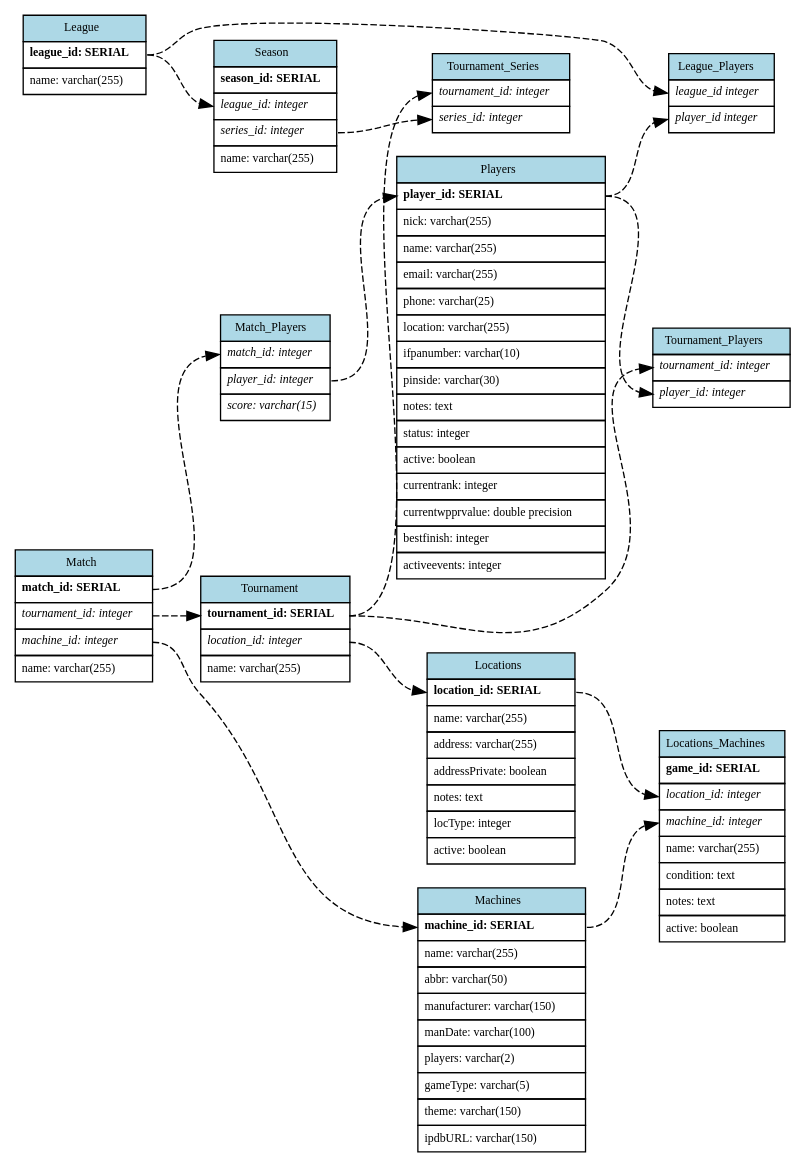
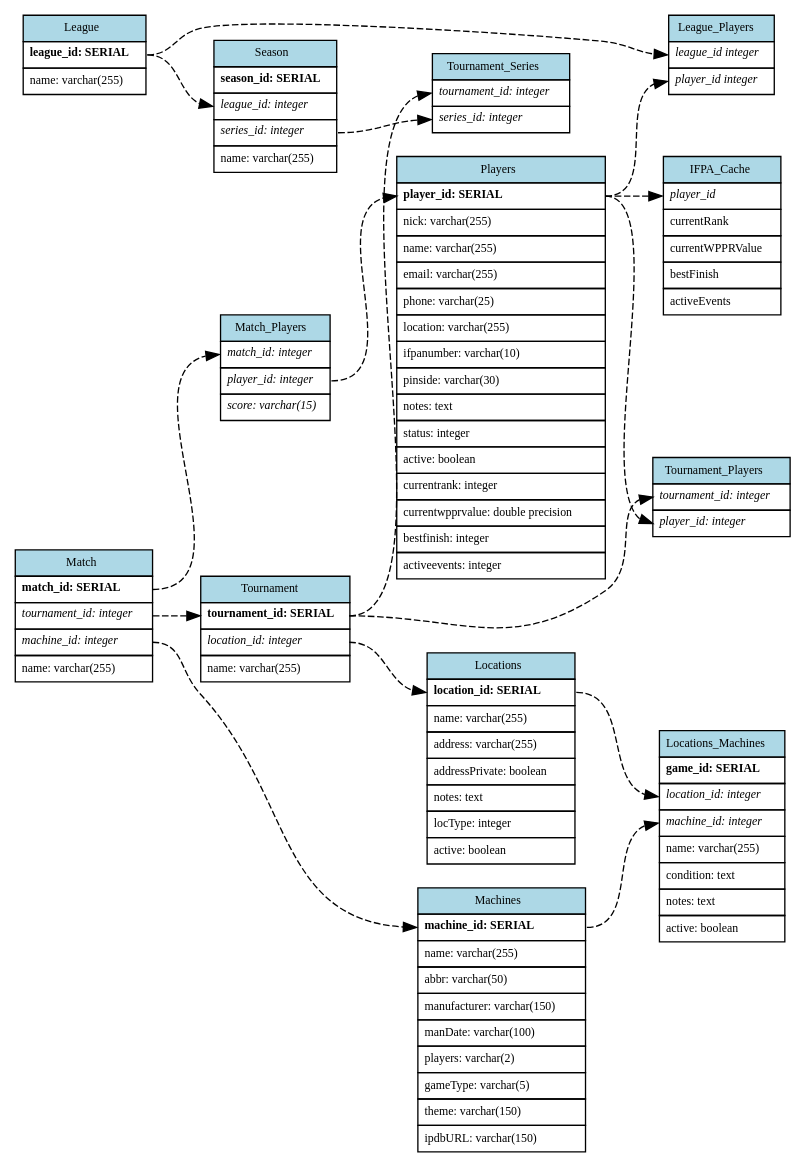
The diagram in diagrams/ER-Diagram.gv (Bischt/playfield), drawn with Graphviz before and after one commit. The commit also changed 3 other files, not shown here.

```diff
--- a/diagrams/ER-Diagram.gv
+++ b/diagrams/ER-Diagram.gv
@@ -1,131 +1,141 @@
 digraph models_diagram{
     graph[rankdir=LR, overlap=false, splines=true];
     node [shape=record, fontsize=9, fontname="Verdana"];
     edge [style=dashed];
   machines [shape=none, margin=0, label=<
     <table border="0" cellborder="1" cellspacing="0" cellpadding="4">
         <tr><td bgcolor="lightblue">Machines</td></tr>
         <tr><td port="0" align="left"><b>machine_id: SERIAL</b></td></tr>
         <tr><td port="2" align="left">name: varchar(255)</td></tr>
         <tr><td port="3" align="left">abbr: varchar(50)</td></tr>
         <tr><td port="4" align="left">manufacturer: varchar(150)</td></tr>
         <tr><td port="5" align="left">manDate: varchar(100)</td></tr>
         <tr><td port="6" align="left">players: varchar(2)</td></tr>
         <tr><td port="7" align="left">gameType: varchar(5)</td></tr>
         <tr><td port="8" align="left">theme: varchar(150)</td></tr>
         <tr><td port="9" align="left">ipdbURL: varchar(150)</td></tr>
     </table>>];
   players [shape=none, margin=0, label=<
     <table border="0" cellborder="1" cellspacing="0" cellpadding="4">
         <tr><td bgcolor="lightblue">Players</td></tr>
         <tr><td port="0" align="left"><b>player_id: SERIAL</b></td></tr>
         <tr><td port="1" align="left">nick: varchar(255)</td></tr>
         <tr><td port="2" align="left">name: varchar(255)</td></tr>
         <tr><td port="3" align="left">email: varchar(255)</td></tr>
         <tr><td port="4" align="left">phone: varchar(25)</td></tr>
         <tr><td port="5" align="left">location: varchar(255)</td></tr>
         <tr><td port="6" align="left">ifpanumber: varchar(10)</td></tr>
         <tr><td port="7" align="left">pinside: varchar(30)</td></tr>
         <tr><td port="8" align="left">notes: text</td></tr>
         <tr><td port="9" align="left">status: integer</td></tr>
         <tr><td port="10" align="left">active: boolean</td></tr>
         <tr><td port="11" align="left">currentrank: integer</td></tr>
         <tr><td port="12" align="left">currentwpprvalue: double precision</td></tr>
         <tr><td port="13" align="left">bestfinish: integer</td></tr>
         <tr><td port="14" align="left">activeevents: integer</td></tr>
     </table>>];
   locations [shape=none, margin=0, label=<
     <table border="0" cellborder="1" cellspacing="0" cellpadding="4">
         <tr><td bgcolor="lightblue">Locations</td></tr>
         <tr><td port="0" align="left"><b>location_id: SERIAL</b></td></tr>
         <tr><td port="1" align="left">name: varchar(255)</td></tr>
         <tr><td port="2" align="left">address: varchar(255)</td></tr>
         <tr><td port="3" align="left">addressPrivate: boolean</td></tr>
         <tr><td port="4" align="left">notes: text</td></tr>
         <tr><td port="5" align="left">locType: integer</td></tr>
         <tr><td port="6" align="left">active: boolean</td></tr>
     </table>>];
   locations_machines [shape=none, margin=0, label=<
     <table border="0" cellborder="1" cellspacing="0" cellpadding="4">
         <tr><td bgcolor="lightblue">Locations_Machines</td></tr>
         <tr><td port="0" align="left"><b>game_id: SERIAL</b></td></tr>
         <tr><td port="1" align="left"><i>location_id: integer</i></td></tr>
         <tr><td port="2" align="left"><i>machine_id: integer</i></td></tr>
         <tr><td port="3" align="left">name: varchar(255)</td></tr>
         <tr><td port="4" align="left">condition: text</td></tr>
         <tr><td port="5" align="left">notes: text</td></tr>
         <tr><td port="6" align="left">active: boolean</td></tr>
+    </table>>];
+  ifpa_cache [shape=none, margin=0, label=<
+    <table border="0" cellborder="1" cellspacing="0" cellpadding="4">
+        <tr><td bgcolor="lightblue">IFPA_Cache</td></tr>
+        <tr><td port="0" align="left"><i>player_id</i></td></tr>
+        <tr><td port="1" align="left">currentRank</td></tr>
+        <tr><td port="2" align="left">currentWPPRValue</td></tr>
+        <tr><td port="3" align="left">bestFinish</td></tr>
+        <tr><td port="4" align="left">activeEvents</td></tr>
     </table>>];
   league [shape=none, margin=0, label=<
     <table border="0" cellborder="1" cellspacing="0" cellpadding="4">
         <tr><td bgcolor="lightblue">League</td></tr>
         <tr><td port="0" align="left"><b>league_id: SERIAL</b></td></tr>
         <tr><td port="1" align="left">name: varchar(255)</td></tr>
     </table>>];
   league_players [shape=none, margin=0, label=<
     <table border="0" cellborder="1" cellspacing="0" cellpadding="4">
         <tr><td bgcolor="lightblue">League_Players</td></tr>
         <tr><td port="0" align="left"><i>league_id integer</i></td></tr>
         <tr><td port="1" align="left"><i>player_id integer</i></td></tr>
     </table>>];
   tournament [shape=none, margin=0, label=<
     <table border="0" cellborder="1" cellspacing="0" cellpadding="4">
         <tr><td bgcolor="lightblue">Tournament</td></tr>
         <tr><td port="0" align="left"><b>tournament_id: SERIAL</b></td></tr>
         <tr><td port="1" align="left"><i>location_id: integer</i></td></tr>
         <tr><td port="2" align="left">name: varchar(255)</td></tr>
     </table>>];
   tournament_series [shape=none, margin=0, label=<
     <table border="0" cellborder="1" cellspacing="0" cellpadding="4">
         <tr><td bgcolor="lightblue">Tournament_Series</td></tr>
         <tr><td port="0" align="left"><i>tournament_id: integer</i></td></tr>
         <tr><td port="1" align="left"><i>series_id: integer</i></td></tr>
     </table>>];
   tournament_players [shape=none, margin=0, label=<
     <table border="0" cellborder="1" cellspacing="0" cellpadding="4">
         <tr><td bgcolor="lightblue">Tournament_Players</td></tr>
         <tr><td port="0" align="left"><i>tournament_id: integer</i></td></tr>
         <tr><td port="1" align="left"><i>player_id: integer</i></td></tr>
     </table>>];
   season [shape=none, margin=0, label=<
     <table border="0" cellborder="1" cellspacing="0" cellpadding="4">
         <tr><td bgcolor="lightblue">Season</td></tr>
         <tr><td port="0" align="left"><b>season_id: SERIAL</b></td></tr>
         <tr><td port="1" align="left"><i>league_id: integer</i></td></tr>
         <tr><td port="2" align="left"><i>series_id: integer</i></td></tr>
         <tr><td port="3" align="left">name: varchar(255)</td></tr>
     </table>>];
   match [shape=none, margin=0, label=<
     <table border="0" cellborder="1" cellspacing="0" cellpadding="4">
         <tr><td bgcolor="lightblue">Match</td></tr>
         <tr><td port="0" align="left"><b>match_id: SERIAL</b></td></tr>
         <tr><td port="1" align="left"><i>tournament_id: integer</i></td></tr>
         <tr><td port="2" align="left"><i>machine_id: integer</i></td></tr>
         <tr><td port="3" align="left">name: varchar(255)</td></tr>
     </table>>];
   match_players [shape=none, margin=0, label=<
     <table border="0" cellborder="1" cellspacing="0" cellpadding="4">
         <tr><td bgcolor="lightblue">Match_Players</td></tr>
         <tr><td port="0" align="left"><i>match_id: integer</i></td></tr>
         <tr><td port="1" align="left"><i>player_id: integer</i></td></tr>
         <tr><td port="1" align="left"><i>score: varchar(15)</i></td></tr>
     </table>>];
   
   
   
   
   locations:0 -> locations_machines:1;
   machines:0 -> locations_machines:2;
   league:0 -> league_players:0;
   league:0 -> season:1;
   players:0 -> league_players:1;
   tournament:1 -> locations:0;
   tournament:0 -> tournament_series:0;
   tournament:0 -> tournament_players:0;
   players:0 -> tournament_players:1;
+  players:0 -> ifpa_cache:0;
   season:2 -> tournament_series:1;
   match:0 ->match_players:0;
   match:1 -> tournament:0;
   match:2 -> machines:0;
   match_players:1 -> players:0;
 }
```
